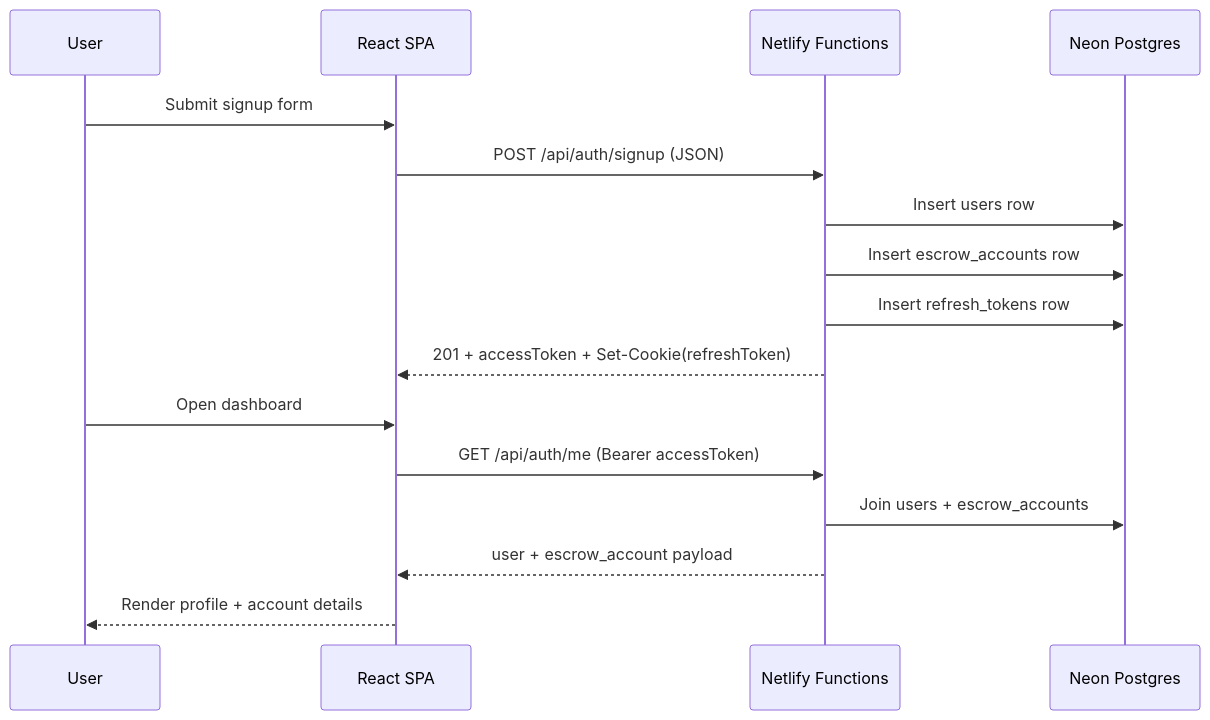
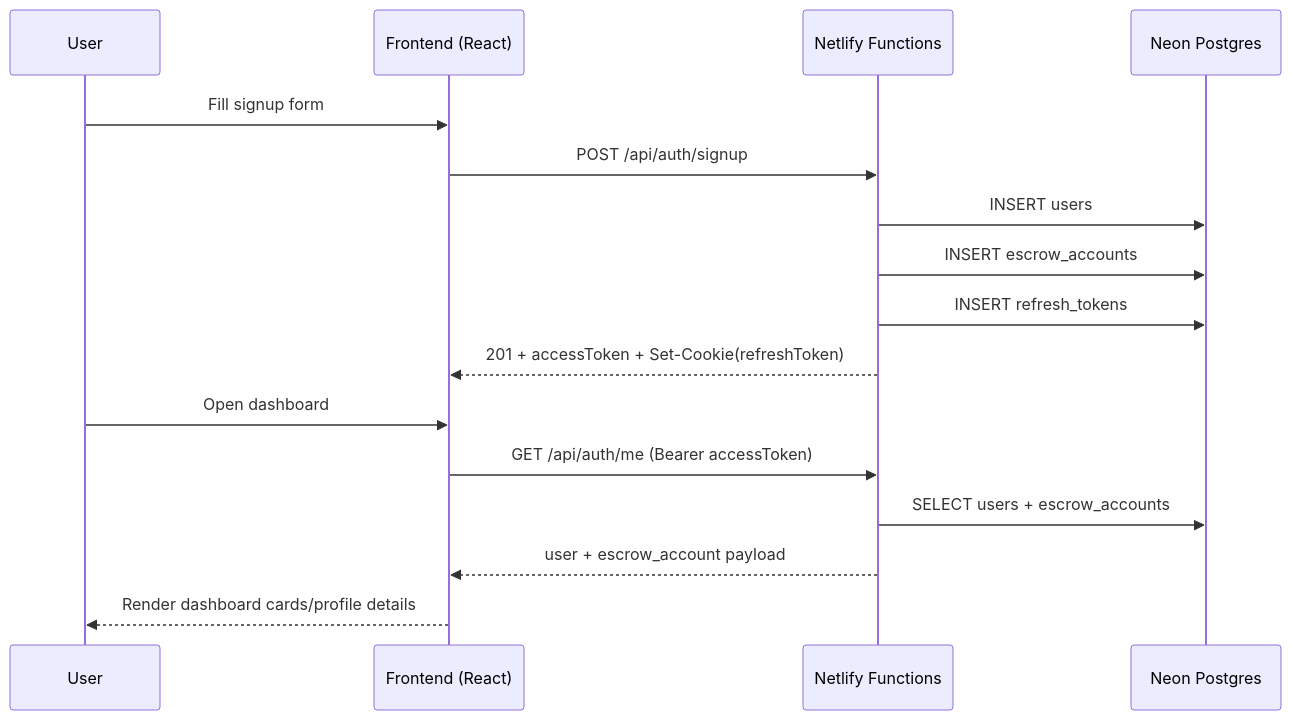
One commit to zacarlson01-del/body-tea changed the second of 2 diagrams in README.md. Above: the diagram before and after it, drawn with Mermaid. The commit also changed other lines of this file and 3 other files, not shown here.

````diff
--- a/README.md
+++ b/README.md
@@ -35,20 +55,20 @@
 ```mermaid
 sequenceDiagram
     participant User
-    participant SPA as React SPA
+    participant SPA as Frontend (React)
     participant API as Netlify Functions
     participant DB as Neon Postgres
 
-    User->>SPA: Submit signup form
-    SPA->>API: POST /api/auth/signup (JSON)
-    API->>DB: Insert users row
-    API->>DB: Insert escrow_accounts row
-    API->>DB: Insert refresh_tokens row
+    User->>SPA: Fill signup form
+    SPA->>API: POST /api/auth/signup
+    API->>DB: INSERT users
+    API->>DB: INSERT escrow_accounts
+    API->>DB: INSERT refresh_tokens
     API-->>SPA: 201 + accessToken + Set-Cookie(refreshToken)
 
     User->>SPA: Open dashboard
     SPA->>API: GET /api/auth/me (Bearer accessToken)
-    API->>DB: Join users + escrow_accounts
+    API->>DB: SELECT users + escrow_accounts
     API-->>SPA: user + escrow_account payload
-    SPA-->>User: Render profile + account details
+    SPA-->>User: Render dashboard cards/profile details
 ```
````
